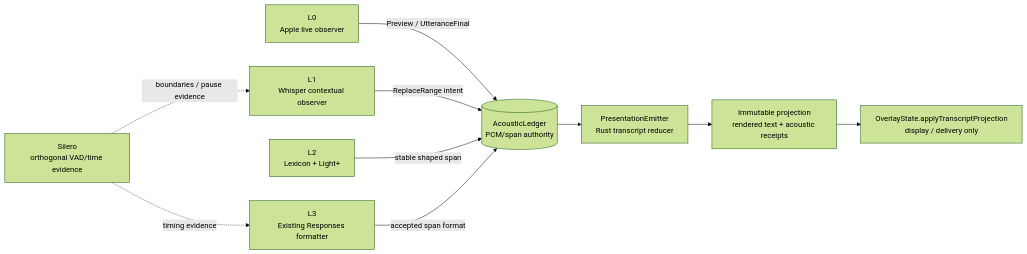
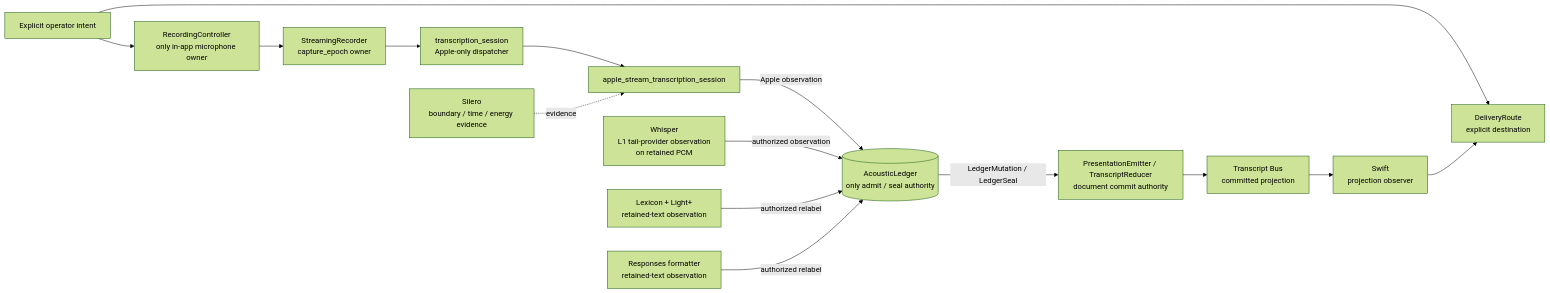
The first of 2 diagrams in docs/OVERLAY_STREAMING.md (vetcoders/codescribe), drawn with Mermaid (forest theme) before and after one commit. The commit also changed other lines of this file and 18 other files, not shown here.

First line of the commit message:
Reconcile contracts with acoustic-ledger authority

````diff
--- a/docs/OVERLAY_STREAMING.md
+++ b/docs/OVERLAY_STREAMING.md
@@ -44,22 +18,32 @@
 ```mermaid
 flowchart LR
-    L0[L0<br/>Apple live observer]
-    L1[L1<br/>Whisper contextual observer]
-    L2[L2<br/>Lexicon + Light+]
-    L3[L3<br/>Existing Responses formatter]
-    SILERO[Silero<br/>orthogonal VAD/time evidence]
-    LEDGER[(AcousticLedger<br/>PCM/span authority)]
-    REDUCER[PresentationEmitter<br/>Rust transcript reducer]
-    PROJECTION[Immutable projection<br/>rendered text + acoustic receipts]
-    SWIFT[OverlayState.applyTranscriptProjection<br/>display / delivery only]
+    INTENT[Explicit operator intent]
+    CONTROLLER[RecordingController<br/>only in-app microphone owner]
+    RECORDER[StreamingRecorder<br/>capture_epoch owner]
+    DISPATCH[transcription_session<br/>Apple-only dispatcher]
+    APPLE[apple_stream_transcription_session]
+    SILERO[Silero<br/>boundary / time / energy evidence]
+    WHISPER[Whisper<br/>L1 tail-provider observation<br/>on retained PCM]
+    LEXICON[Lexicon + Light+<br/>retained-text observation]
+    FORMATTER[Responses formatter<br/>retained-text observation]
+    LEDGER[(AcousticLedger<br/>only admit / seal authority)]
+    REDUCER[PresentationEmitter / TranscriptReducer<br/>document commit authority]
+    BUS[Transcript Bus<br/>committed projection]
+    SWIFT[Swift<br/>projection observer]
+    ROUTE[DeliveryRoute<br/>explicit destination]
 
-    L0 -- Preview / UtteranceFinal --> LEDGER
-    L1 -- ReplaceRange intent --> LEDGER
-    L2 -- stable shaped span --> LEDGER
-    L3 -- accepted span format --> LEDGER
-    LEDGER --> REDUCER
-    REDUCER --> PROJECTION
-    PROJECTION --> SWIFT
-    SILERO -. boundaries / pause evidence .-> L1
-    SILERO -. timing evidence .-> L3
+    INTENT --> CONTROLLER
+    CONTROLLER --> RECORDER
+    RECORDER --> DISPATCH
+    DISPATCH --> APPLE
+    SILERO -. evidence .-> APPLE
+    APPLE -- Apple observation --> LEDGER
+    WHISPER -- authorized observation --> LEDGER
+    LEXICON -- authorized relabel --> LEDGER
+    FORMATTER -- authorized relabel --> LEDGER
+    LEDGER -- LedgerMutation / LedgerSeal --> REDUCER
+    REDUCER --> BUS
+    BUS --> SWIFT
+    INTENT --> ROUTE
+    SWIFT --> ROUTE
 ```
````
